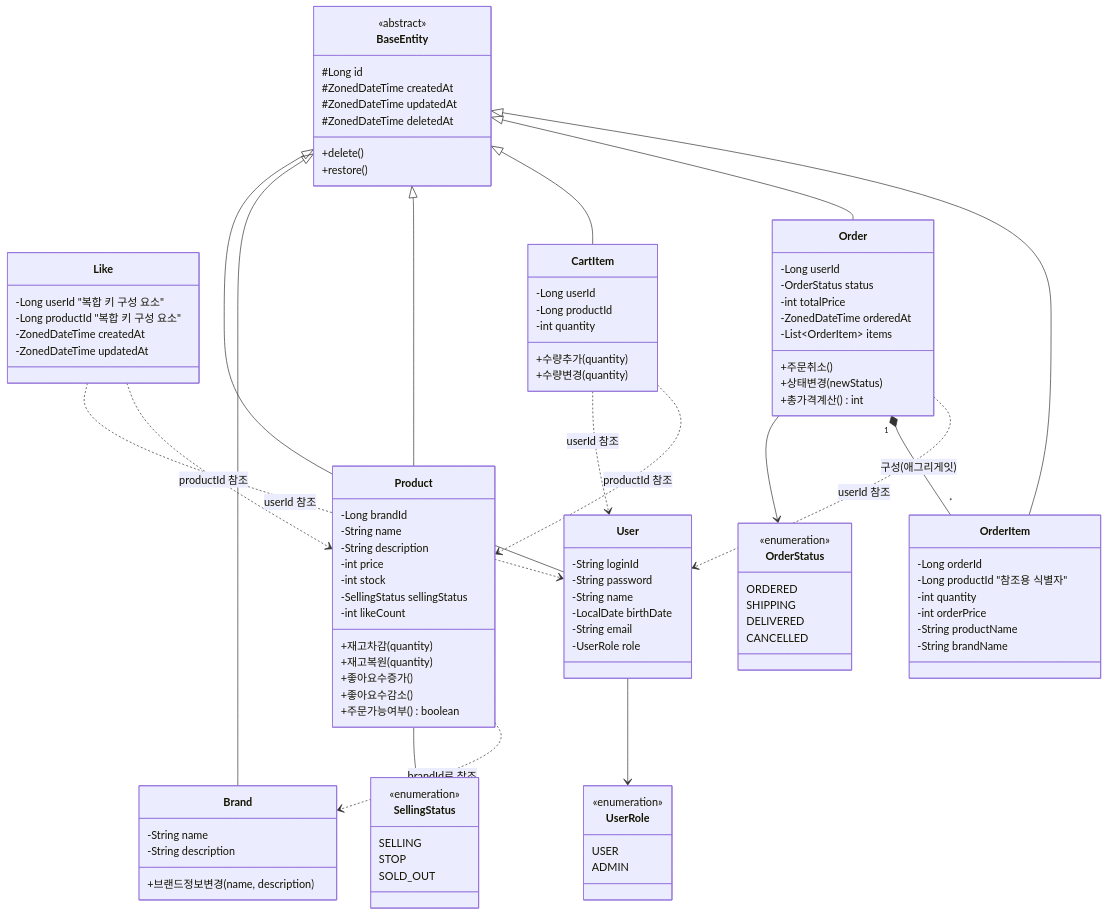
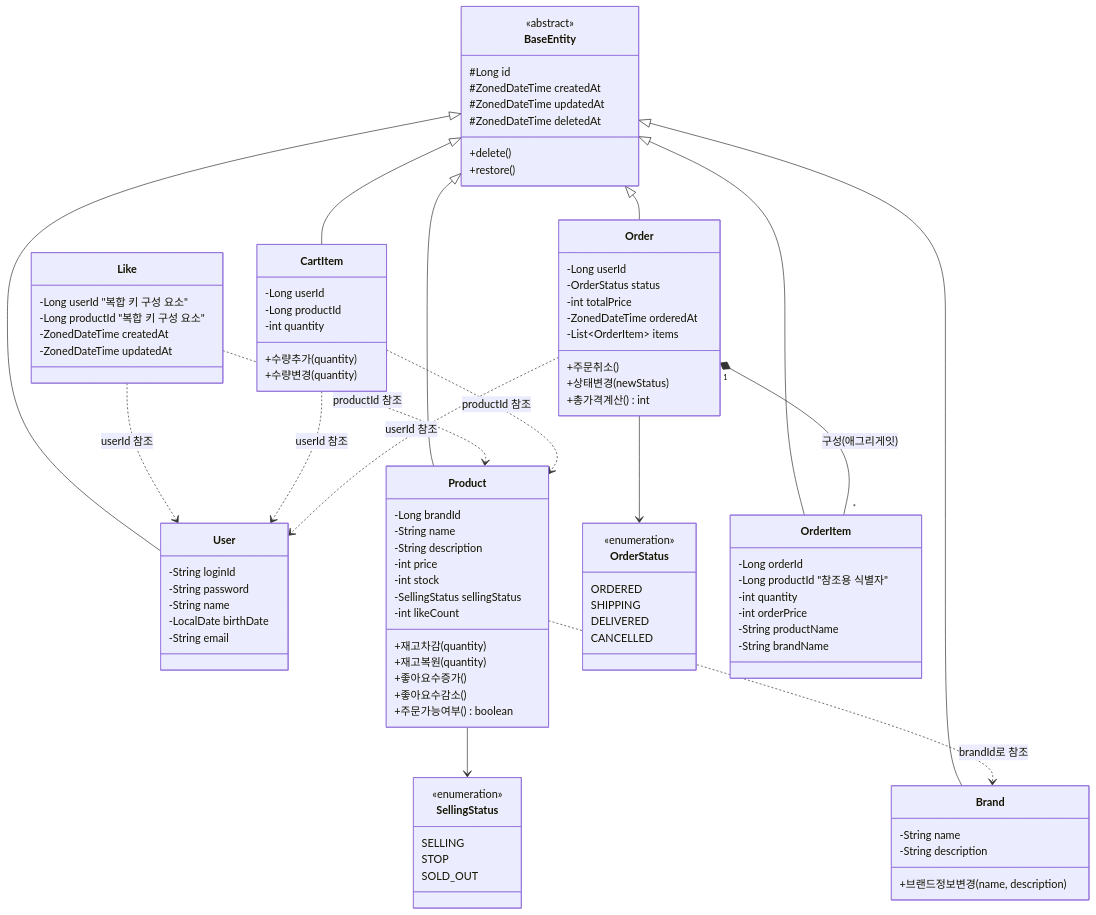
The diagram in docs/design/03-class-diagram.md (najang/loop-pack-be-l2-vol3-java), drawn with Mermaid before and after one commit. The commit also changed 3 other files, not shown here.

Commit message:
refactor: User role 필드 제거, 어드민 인증 방식 통일

```diff
--- a/docs/design/03-class-diagram.md
+++ b/docs/design/03-class-diagram.md
@@ -25,13 +25,6 @@
     -String name
     -LocalDate birthDate
     -String email
-    -UserRole role
-  }
-
-  class UserRole {
-    <<enumeration>>
-    USER
-    ADMIN
   }
 
   class Brand {
@@ -117,7 +110,6 @@
   BaseEntity <|-- OrderItem
 
   %% ─── Enum Relationships ───
-  User --> UserRole
   Product --> SellingStatus
   Order --> OrderStatus
 
```
